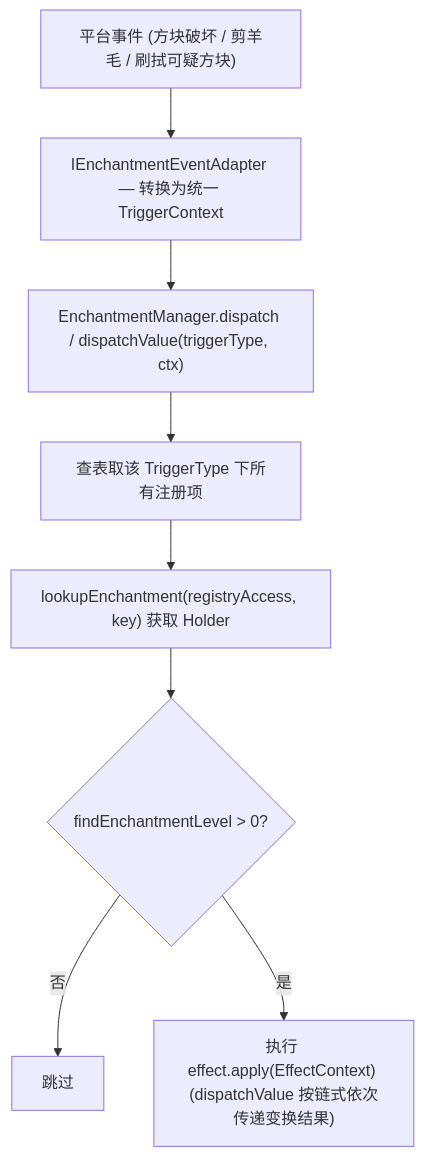
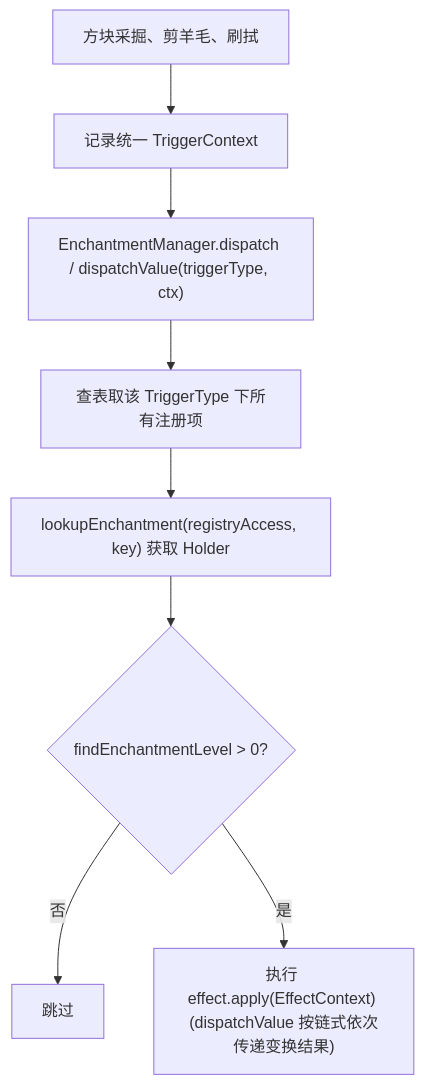
Before and after one commit to meteoritel/unsuspicious-block: the first of 4 diagrams in docs/dev/subsystems/enchantment.md, drawn with Mermaid. The commit also changed other lines of this file and 64 other files, not shown here.

````diff
--- a/docs/dev/subsystems/enchantment.md
+++ b/docs/dev/subsystems/enchantment.md
@@ -25,10 +25,10 @@
 ```mermaid
 flowchart TD
-    Evt["平台事件 (方块破坏 / 剪羊毛 / 刷拭可疑方块)"] --> Adapter["IEnchantmentEventAdapter — 转换为统一 TriggerContext"]
-    Adapter --> Dispatch["EnchantmentManager.dispatch / dispatchValue(triggerType, ctx)"]
+    Evt["方块采掘、剪羊毛、刷拭"] --> Ctx["记录统一 TriggerContext"]
+    Ctx --> Dispatch["EnchantmentManager.dispatch / dispatchValue(triggerType, ctx)"]
     Dispatch --> Lookup["查表取该 TriggerType 下所有注册项"]
     Lookup --> Holder["lookupEnchantment(registryAccess, key) 获取 Holder"]
     Holder --> Level{"findEnchantmentLevel > 0?"}
     Level -->|"否"| Skip["跳过"]
     Level -->|"是"| Apply["执行 effect.apply(EffectContext) (dispatchValue 按链式依次传递变换结果)"]
 ```
````
